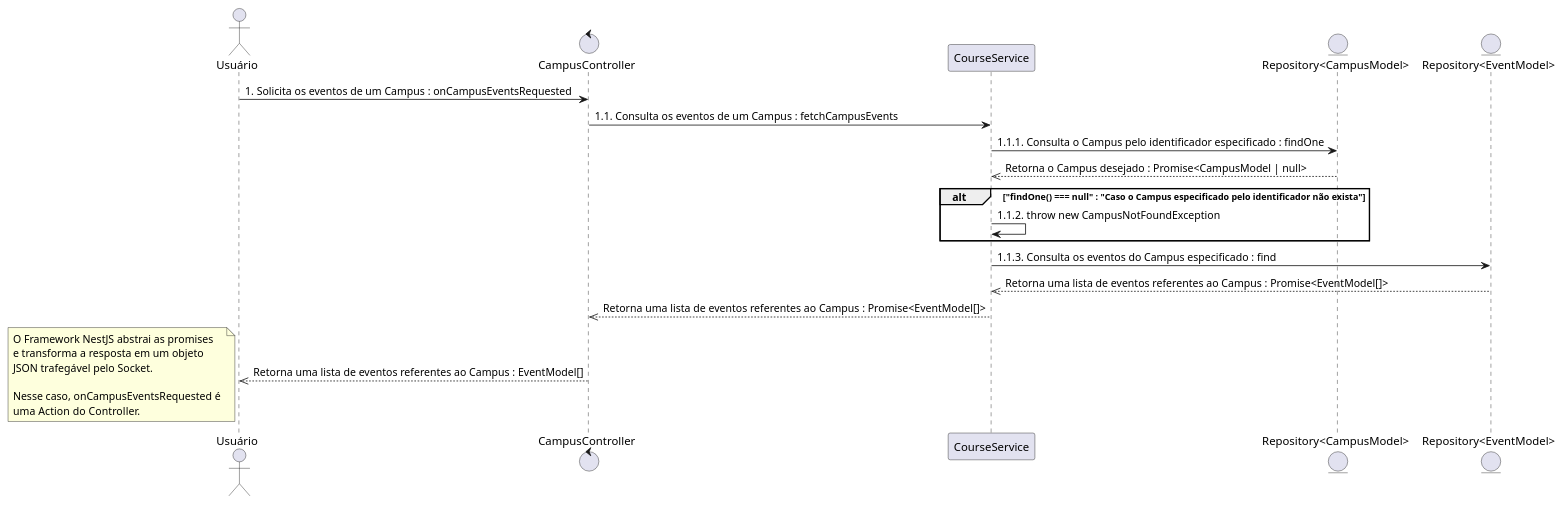
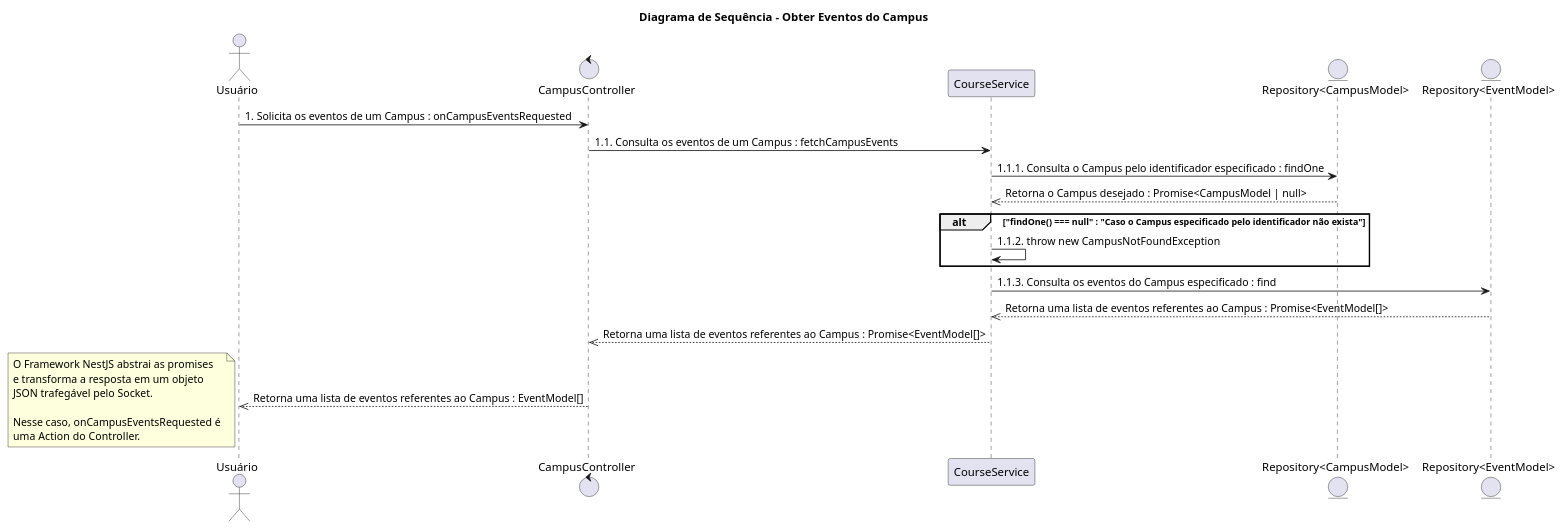
The diagram in src/C1. Visão Geral/C2. Sistema/C3. Endpoints RESTful (Server)/C4. Visão de Processo/[PUML] Sequência - Obter Eventos do Campus.puml (MurylloEx/Seja-UPE-Docs), drawn with PlantUML before and after one commit. The commit also changed 14 other files, not shown here.

```diff
--- a/src/C1. Visão Geral/C2. Sistema/C3. Endpoints RESTful (Server)/C4. Visão de Processo/[PUML] Sequência - Obter Eventos do Campus.puml
+++ b/src/C1. Visão Geral/C2. Sistema/C3. Endpoints RESTful (Server)/C4. Visão de Processo/[PUML] Sequência - Obter Eventos do Campus.puml
@@ -1,29 +1,31 @@
 @startuml "Sequence Diagram"
+
+title "Diagrama de Sequência - Obter Eventos do Campus"
 
 actor "Usuário"                   as USER
 control "CampusController"        as CAMPUS_CONTROLLER
 participant "CourseService"       as COURSE_SERVICE
 entity "Repository<CampusModel>"  as CAMPUS_REPOSITORY
 entity "Repository<EventModel>"   as EVENT_REPOSITORY
 
 USER -> CAMPUS_CONTROLLER : 1. Solicita os eventos de um Campus : onCampusEventsRequested
 CAMPUS_CONTROLLER -> COURSE_SERVICE : 1.1. Consulta os eventos de um Campus : fetchCampusEvents
 COURSE_SERVICE -> CAMPUS_REPOSITORY : 1.1.1. Consulta o Campus pelo identificador especificado : findOne
 CAMPUS_REPOSITORY -->> COURSE_SERVICE : Retorna o Campus desejado : Promise<CampusModel | null>
 alt "findOne() === null" : "Caso o Campus especificado pelo identificador não exista"
   COURSE_SERVICE -> COURSE_SERVICE : 1.1.2. throw new CampusNotFoundException
 end
 COURSE_SERVICE -> EVENT_REPOSITORY : 1.1.3. Consulta os eventos do Campus especificado : find
 EVENT_REPOSITORY -->> COURSE_SERVICE : Retorna uma lista de eventos referentes ao Campus : Promise<EventModel[]>
 COURSE_SERVICE -->> CAMPUS_CONTROLLER : Retorna uma lista de eventos referentes ao Campus : Promise<EventModel[]>
 CAMPUS_CONTROLLER -->> USER : Retorna uma lista de eventos referentes ao Campus : EventModel[]
 note left
   O Framework NestJS abstrai as promises 
   e transforma a resposta em um objeto 
   JSON trafegável pelo Socket. 
 
   Nesse caso, onCampusEventsRequested é 
   uma Action do Controller.
 end note
 
 @enduml
```
